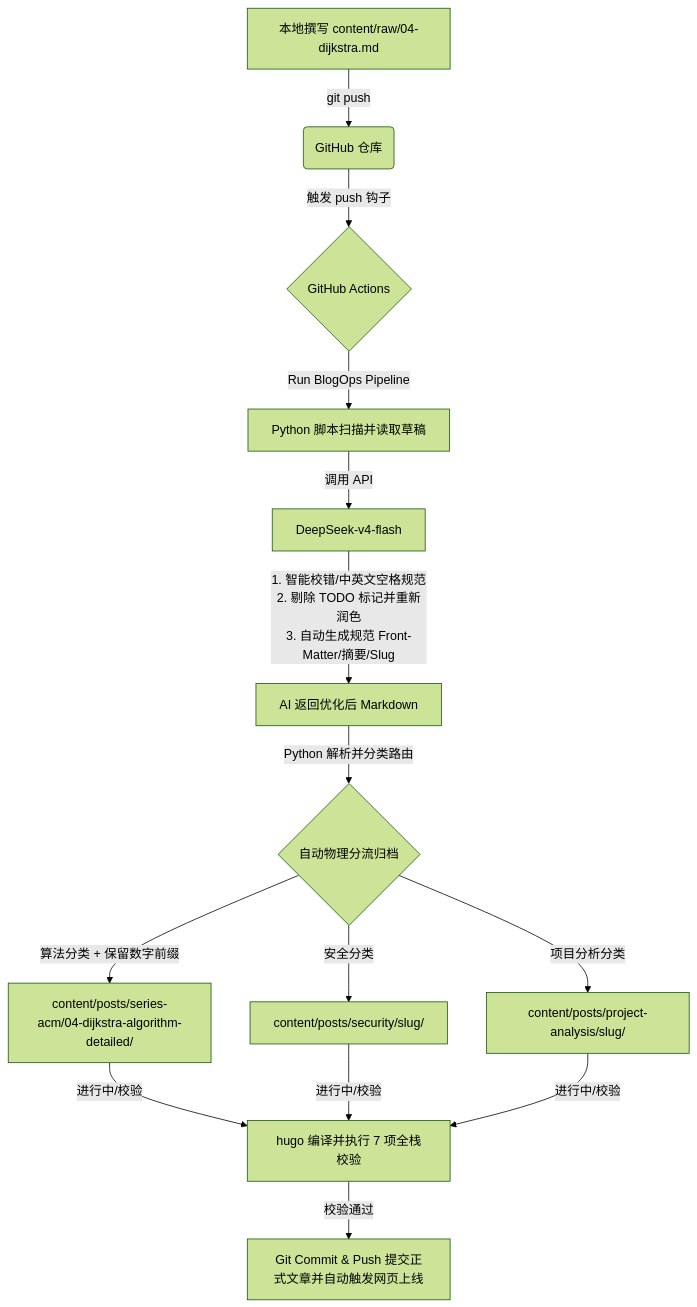
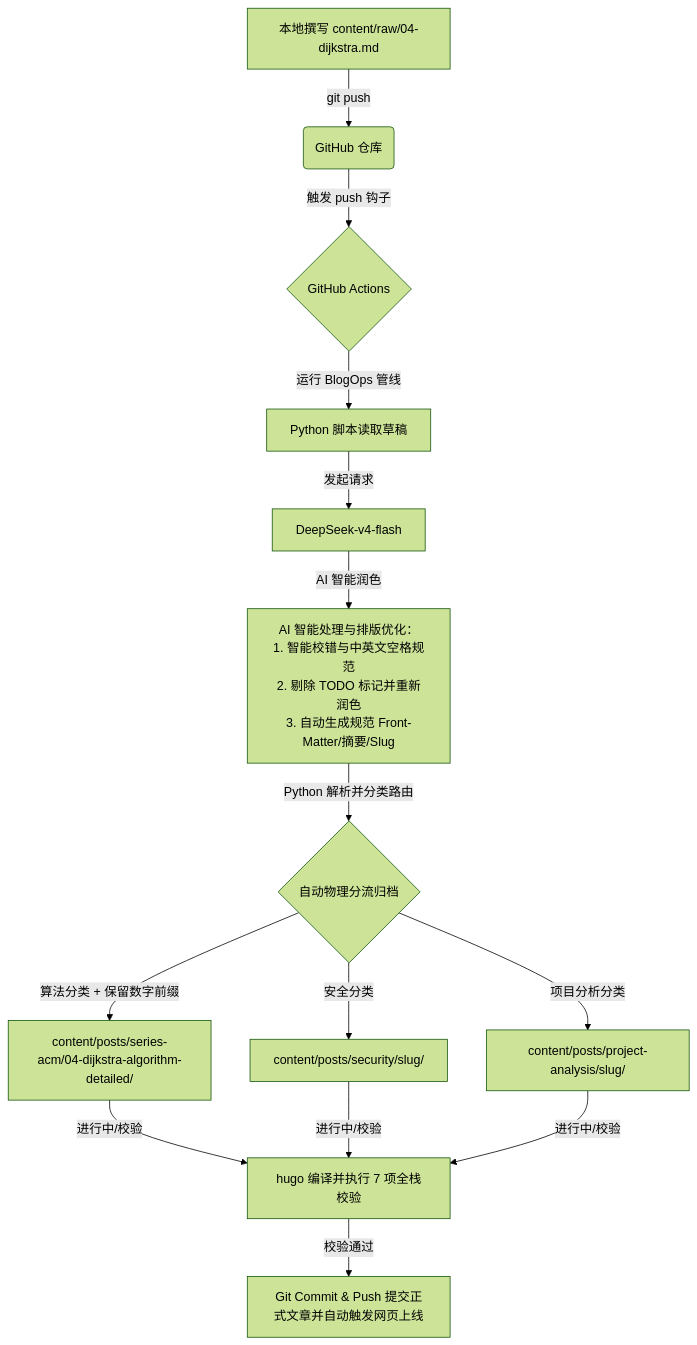
Before and after one commit to yanchuaner/blog-hugo: the diagram in README.md, drawn with Mermaid (forest theme).

Commit message:
chore: optimize Mermaid diagram formatting in README to prevent text clipping

````diff
--- a/README.md
+++ b/README.md
@@ -45,14 +45,14 @@
 ```mermaid
 graph TD
     A[本地撰写 content/raw/04-dijkstra.md] -->|git push| B(GitHub 仓库)
     B -->|触发 push 钩子| C{GitHub Actions}
-    C -->|Run BlogOps Pipeline| D[Python 脚本扫描并读取草稿]
-    D -->|调用 API| E[DeepSeek-v4-flash]
-    E -->|1. 智能校错/中英文空格规范<br>2. 剔除 TODO 标记并重新润色<br>3. 自动生成规范 Front-Matter/摘要/Slug| F[AI 返回优化后 Markdown]
+    C -->|运行 BlogOps 管线| D[Python 脚本读取草稿]
+    D -->|发起请求| E[DeepSeek-v4-flash]
+    E -->|AI 智能润色| F["AI 智能处理与排版优化：<br>1. 智能校错与中英文空格规范<br>2. 剔除 TODO 标记并重新润色<br>3. 自动生成规范 Front-Matter/摘要/Slug"]
     F -->|Python 解析并分类路由| G{自动物理分流归档}
     G -->|算法分类 + 保留数字前缀| H[content/posts/series-acm/04-dijkstra-algorithm-detailed/]
     G -->|安全分类| I[content/posts/security/slug/]
     G -->|项目分析分类| J[content/posts/project-analysis/slug/]
     H & I & J -->|进行中/校验| K[hugo 编译并执行 7 项全栈校验]
     K -->|校验通过| L[Git Commit & Push 提交正式文章并自动触发网页上线]
 ```
````
